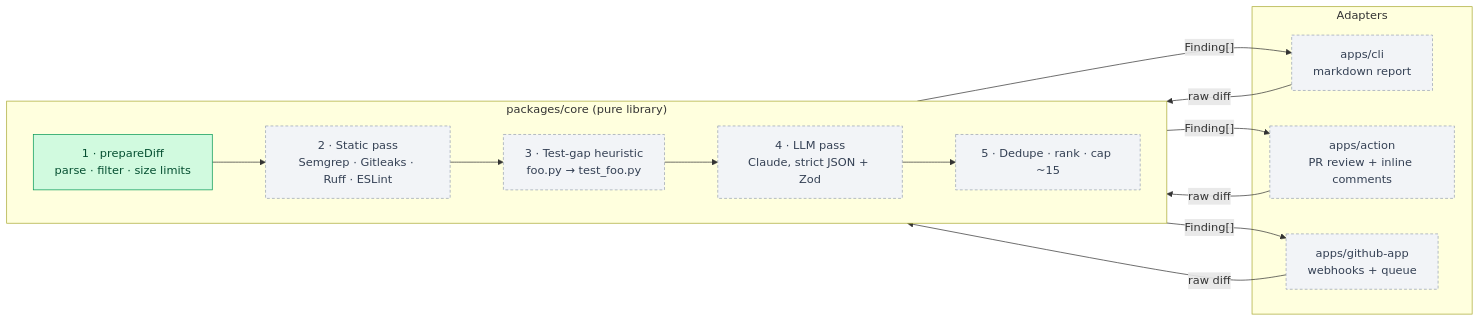
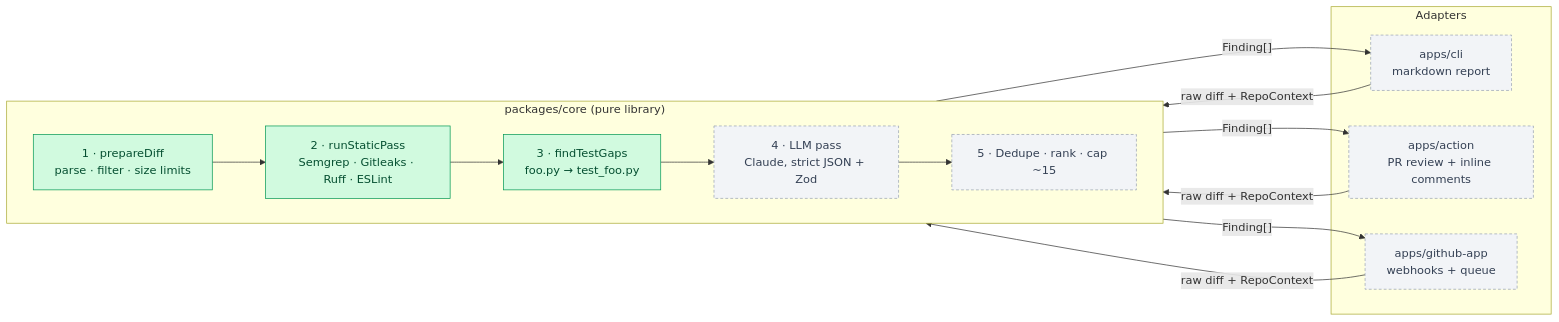
Before and after one commit to Aswin-Times/Revolver-: the first of 2 diagrams in README.md, drawn with Mermaid. The commit also changed other lines of this file, not shown here.

First line of the commit message:
docs: README static pass and test-gap sections

````diff
--- a/README.md
+++ b/README.md
@@ -31,30 +32,30 @@
 ```mermaid
 flowchart LR
     subgraph adapters["Adapters"]
         CLI["apps/cli<br/>markdown report"]
         ACTION["apps/action<br/>PR review + inline comments"]
         APP["apps/github-app<br/>webhooks + queue"]
     end
 
     subgraph core["packages/core (pure library)"]
         direction LR
         PREP["1 · prepareDiff<br/>parse · filter · size limits"]
-        STATIC["2 · Static pass<br/>Semgrep · Gitleaks · Ruff · ESLint"]
-        GAP["3 · Test-gap heuristic<br/>foo.py → test_foo.py"]
+        STATIC["2 · runStaticPass<br/>Semgrep · Gitleaks · Ruff · ESLint"]
+        GAP["3 · findTestGaps<br/>foo.py → test_foo.py"]
         LLM["4 · LLM pass<br/>Claude, strict JSON + Zod"]
         RANK["5 · Dedupe · rank · cap ~15"]
         PREP --> STATIC --> GAP --> LLM --> RANK
     end
 
-    CLI -- "raw diff" --> PREP
-    ACTION -- "raw diff" --> PREP
-    APP -- "raw diff" --> PREP
+    CLI -- "raw diff + RepoContext" --> PREP
+    ACTION -- "raw diff + RepoContext" --> PREP
+    APP -- "raw diff + RepoContext" --> PREP
     RANK -- "Finding[]" --> CLI
     RANK -- "Finding[]" --> ACTION
     RANK -- "Finding[]" --> APP
 
     classDef done fill:#d1fadf,stroke:#039855,color:#054f31
     classDef planned fill:#f2f4f7,stroke:#98a2b3,color:#344054,stroke-dasharray:4 3
-    class PREP done
-    class STATIC,GAP,LLM,RANK,CLI,ACTION,APP planned
+    class PREP,STATIC,GAP done
+    class LLM,RANK,CLI,ACTION,APP planned
 ```
````
